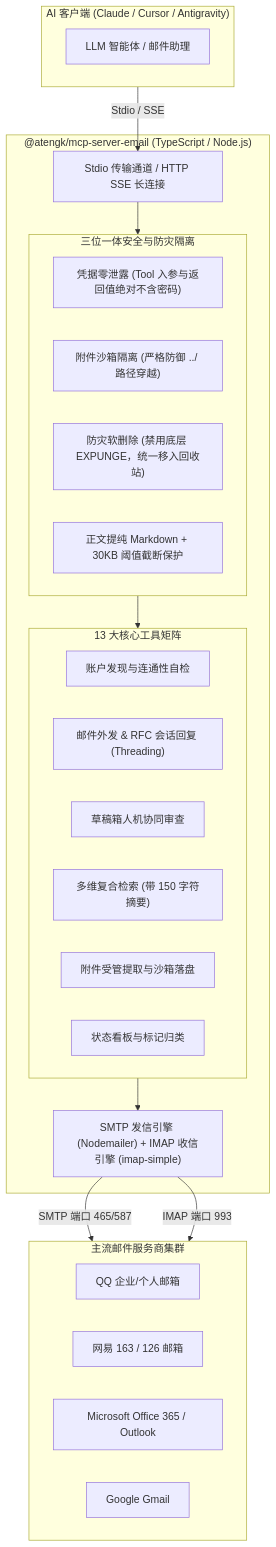
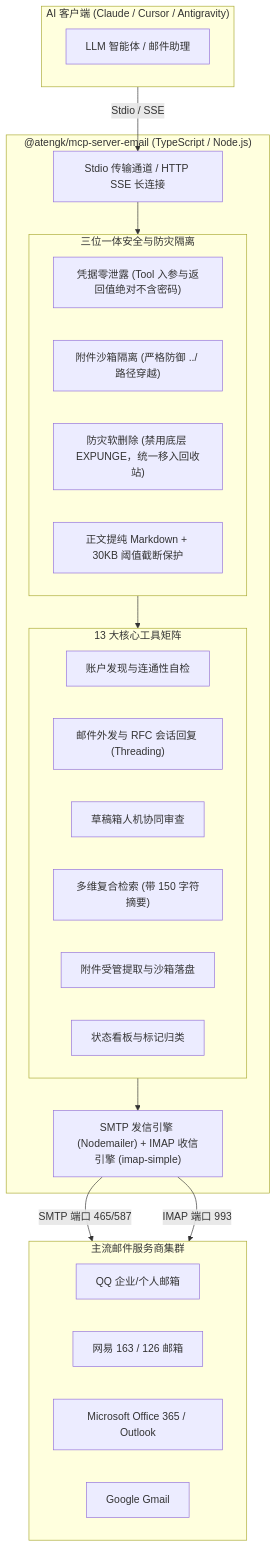
One commit to atengk/Ateng-MCP changed the diagram in docs/servers/tools/email.md. Above: the diagram before and after it, drawn with Mermaid. The commit also changed 14 other files, not shown here.

````diff
--- a/docs/servers/tools/email.md
+++ b/docs/servers/tools/email.md
@@ -25,42 +25,42 @@
 ```mermaid
 flowchart TD
   subgraph AI_Clients["AI 客户端 (Claude / Cursor / Antigravity)"]
     Agent["LLM 智能体 / 邮件助理"]
   end
 
   subgraph MCP_Server["@atengk/mcp-server-email (TypeScript / Node.js)"]
     Transport["Stdio 传输通道 / HTTP SSE 长连接"]
 
     subgraph Security_Shield["三位一体安全与防灾隔离"]
       ZeroSecret["凭据零泄露 (Tool 入参与返回值绝对不含密码)"]
       Sandbox["附件沙箱隔离 (严格防御 ../ 路径穿越)"]
       SoftDelete["防灾软删除 (禁用底层 EXPUNGE，统一移入回收站)"]
       TokenDefense["正文提纯 Markdown + 30KB 阈值截断保护"]
     end
 
     subgraph Toolsets["13 大核心工具矩阵"]
       AccountOps["账户发现与连通性自检"]
-      SendOps["邮件外发 & RFC 会话回复 (Threading)"]
+      SendOps["邮件外发与 RFC 会话回复 (Threading)"]
       DraftOps["草稿箱人机协同审查"]
       SearchOps["多维复合检索 (带 150 字符摘要)"]
       AttachmentOps["附件受管提取与沙箱落盘"]
       StatusOps["状态看板与标记归类"]
     end
 
     DualProtocol["SMTP 发信引擎 (Nodemailer) + IMAP 收信引擎 (imap-simple)"]
   end
 
   subgraph Email_Providers["主流邮件服务商集群"]
     QQMail["QQ 企业/个人邮箱"]
     NetEase["网易 163 / 126 邮箱"]
     M365["Microsoft Office 365 / Outlook"]
     Gmail["Google Gmail"]
   end
 
   AI_Clients -->|Stdio / SSE| Transport
   Transport --> Security_Shield
   Security_Shield --> Toolsets
   Toolsets --> DualProtocol
   DualProtocol -->|SMTP 端口 465/587| Email_Providers
   DualProtocol -->|IMAP 端口 993| Email_Providers
 ```
````
